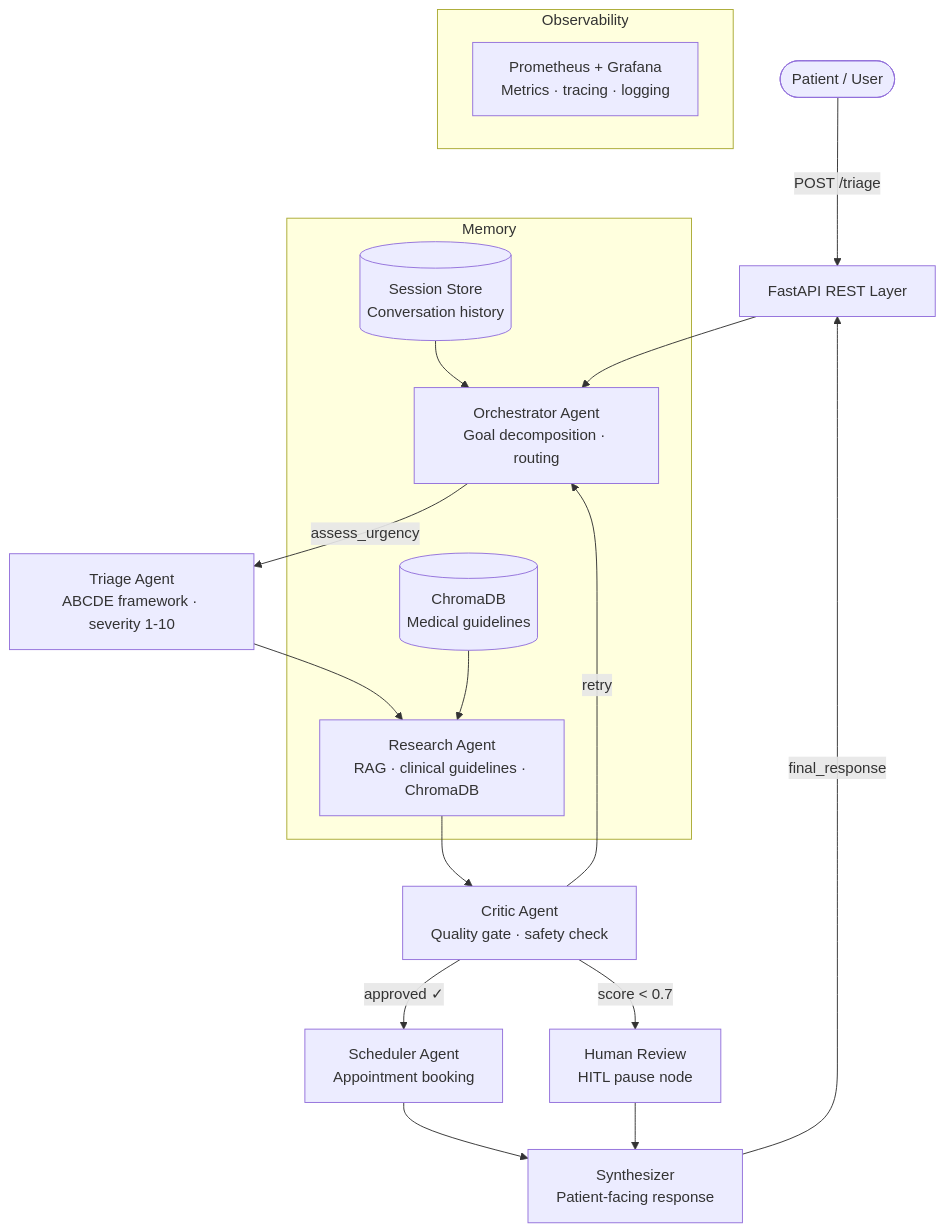
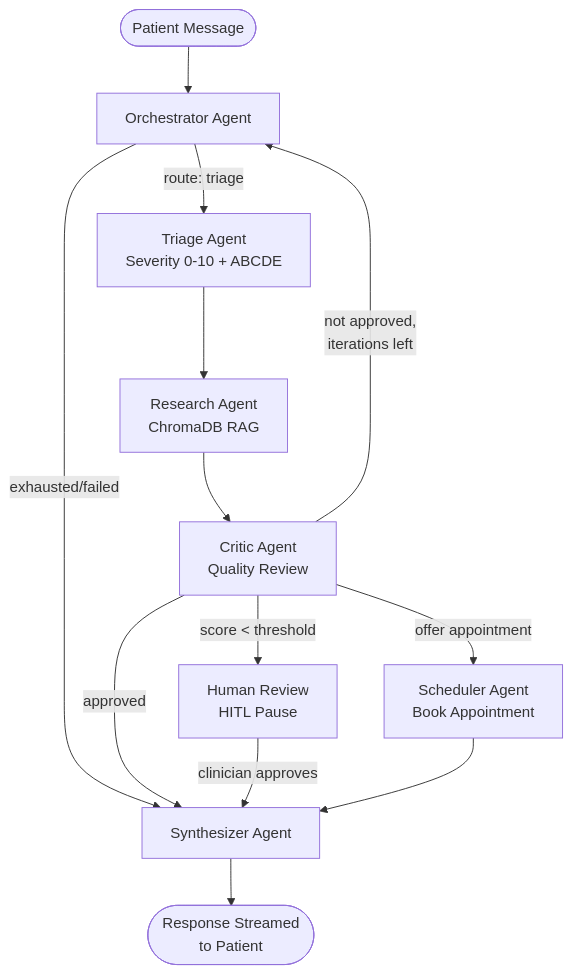
One commit to Sreethesh007/HackathonAiAgent changed the diagram in README.md. Above: the diagram before and after it, drawn with Mermaid. The commit also changed other lines of this file, not shown here.

````diff
--- a/README.md
+++ b/README.md
@@ -11,23 +145,15 @@
 ```mermaid
 graph TD
-    U([Patient / User]) -->|POST /triage| API[FastAPI REST Layer]
-    API --> ORC[Orchestrator Agent\nGoal decomposition · routing]
-    ORC -->|assess_urgency| TRI[Triage Agent\nABCDE framework · severity 1-10]
-    TRI --> RES[Research Agent\nRAG · clinical guidelines · ChromaDB]
-    RES --> CRI[Critic Agent\nQuality gate · safety check]
-    CRI -->|approved ✓| SCH[Scheduler Agent\nAppointment booking]
-    CRI -->|score < 0.7| HUM[Human Review\nHITL pause node]
-    CRI -->|retry| ORC
-    SCH --> SYN[Synthesizer\nPatient-facing response]
-    HUM --> SYN
-    SYN -->|final_response| API
-
-    subgraph Memory
-        MEM[(ChromaDB\nMedical guidelines)] --> RES
-        SES[(Session Store\nConversation history)] --> ORC
-    end
-
-    subgraph Observability
-        OBS[Prometheus + Grafana\nMetrics · tracing · logging]
-    end
+    START([Patient Message]) --> ORCH[Orchestrator Agent]
+    ORCH -->|"route: triage"| TRIAGE[Triage Agent<br/>Severity 0-10 + ABCDE]
+    ORCH -->|"exhausted/failed"| SYNTH[Synthesizer Agent]
+    TRIAGE --> RESEARCH[Research Agent<br/>ChromaDB RAG]
+    RESEARCH --> CRITIC[Critic Agent<br/>Quality Review]
+    CRITIC -->|"approved"| SYNTH
+    CRITIC -->|"score < threshold"| HITL[Human Review<br/>HITL Pause]
+    CRITIC -->|"not approved,<br/>iterations left"| ORCH
+    HITL -->|"clinician approves"| SYNTH
+    CRITIC -->|"offer appointment"| SCHED[Scheduler Agent<br/>Book Appointment]
+    SCHED --> SYNTH
+    SYNTH --> END([Response Streamed<br/>to Patient])
 ```
````
